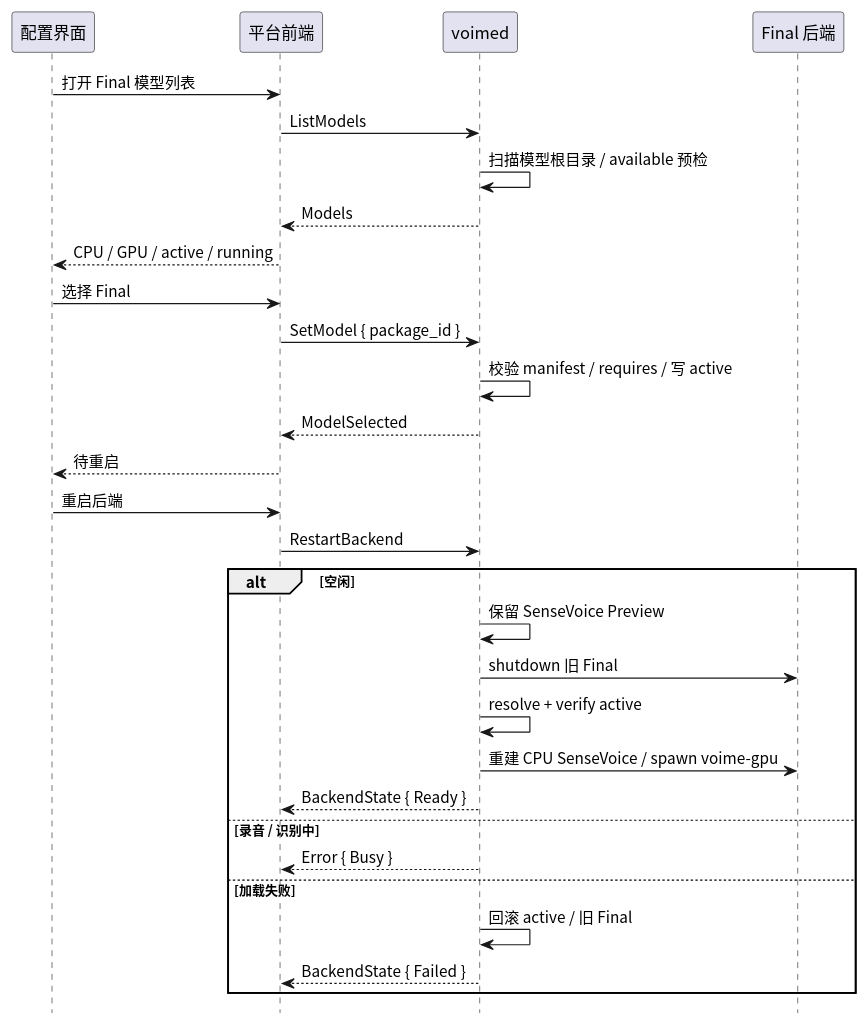
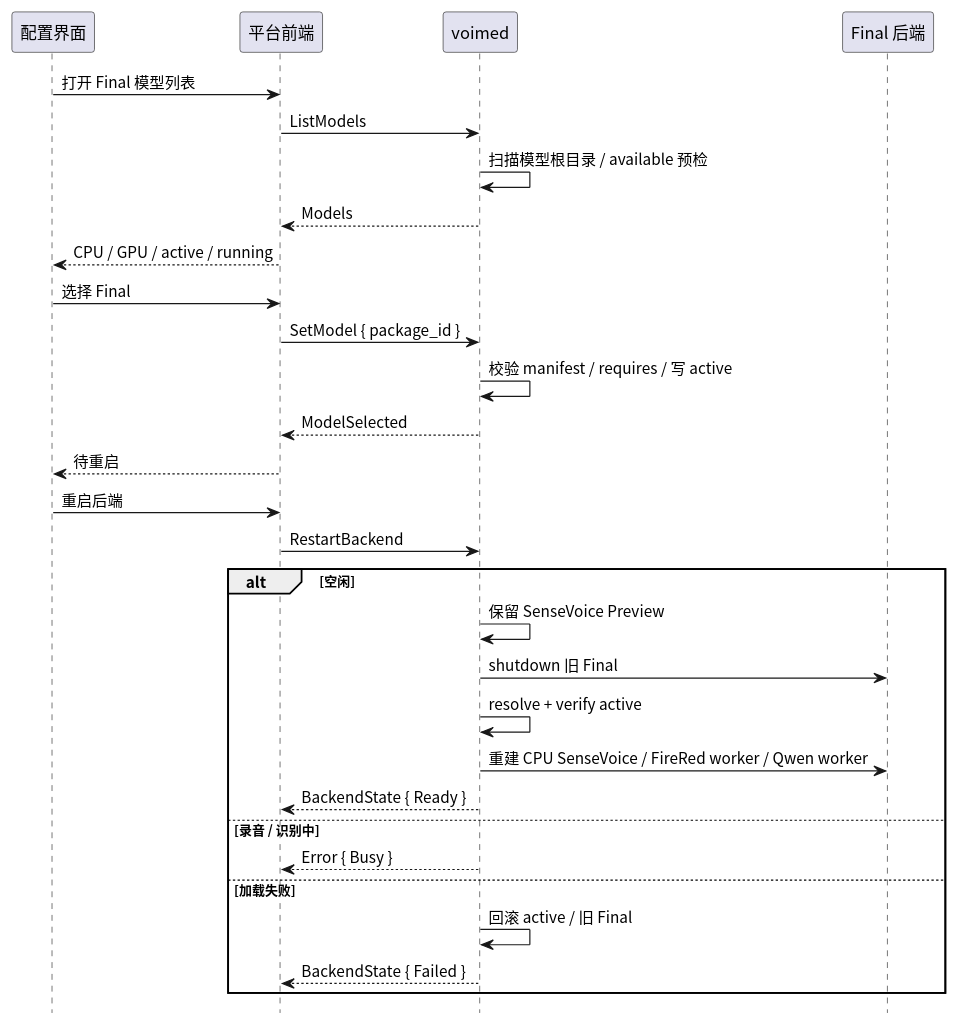
One commit to 54m43lJ/voime changed the diagram in crates/voime-ipc/diagram/model-switch.puml. Above: the diagram before and after it, drawn with PlantUML. The commit also changed 63 other files, not shown here.

```diff
--- a/crates/voime-ipc/diagram/model-switch.puml
+++ b/crates/voime-ipc/diagram/model-switch.puml
@@ -1,37 +1,37 @@
 @startuml
 skinparam defaultFontName "Noto Sans CJK SC"
 skinparam shadowing false
 hide footbox
 
 participant "配置界面" as UI
 participant "平台前端" as Frontend
 participant "voimed" as Daemon
 participant "Final 后端" as Final
 
 UI -> Frontend : 打开 Final 模型列表
 Frontend -> Daemon : ListModels
 Daemon -> Daemon : 扫描模型根目录 / available 预检
 Daemon --> Frontend : Models
 Frontend --> UI : CPU / GPU / active / running
 
 UI -> Frontend : 选择 Final
 Frontend -> Daemon : SetModel { package_id }
 Daemon -> Daemon : 校验 manifest / requires / 写 active
 Daemon --> Frontend : ModelSelected
 Frontend --> UI : 待重启
 
 UI -> Frontend : 重启后端
 Frontend -> Daemon : RestartBackend
 alt 空闲
   Daemon -> Daemon : 保留 SenseVoice Preview
   Daemon -> Final : shutdown 旧 Final
   Daemon -> Daemon : resolve + verify active
-  Daemon -> Final : 重建 CPU SenseVoice / spawn voime-gpu
+  Daemon -> Final : 重建 CPU SenseVoice / FireRed worker / Qwen worker
   Daemon --> Frontend : BackendState { Ready }
 else 录音 / 识别中
   Daemon --> Frontend : Error { Busy }
 else 加载失败
   Daemon -> Daemon : 回滚 active / 旧 Final
   Daemon --> Frontend : BackendState { Failed }
 end
 @enduml
```
